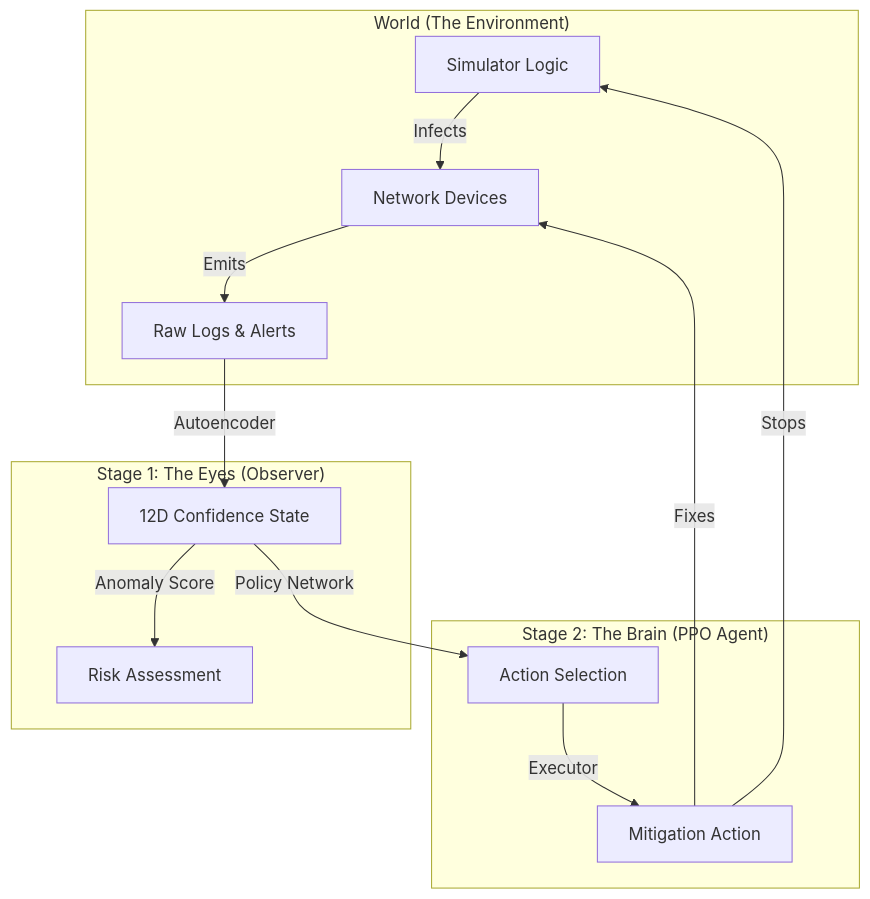
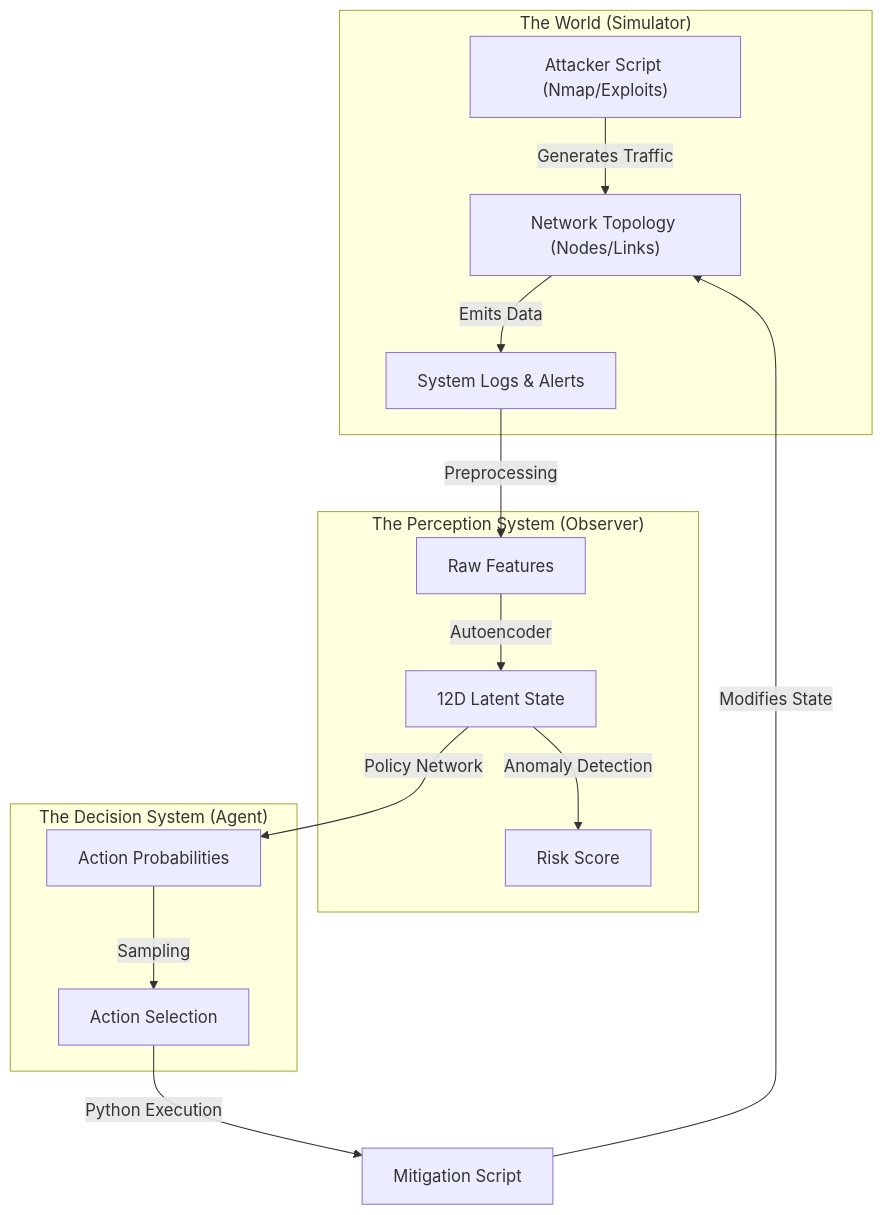
One commit to didi-09/AI_DRIVEN_SOAR changed the first of 5 diagrams in README.md. Above: the diagram before and after it, drawn with Mermaid. The commit also changed other lines of this file, not shown here.

First line of the commit message:
Revise README for technical whitepaper and architecture details

````diff
--- a/README.md
+++ b/README.md
@@ -37,20 +14,25 @@
 ```mermaid
 graph TD
-    subgraph "World (The Environment)"
-        Sim["Simulator Logic"] -->|Infects| Net["Network Devices"]
-        Net -->|Emits| Logs["Raw Logs & Alerts"]
+    subgraph "The World (Simulator)"
+        Attacker["Attacker Script (Nmap/Exploits)"]
+        Network["Network Topology (Nodes/Links)"]
+        Logs["System Logs & Alerts"]
+        
+        Attacker -->|Generates Traffic| Network
+        Network -->|Emits Data| Logs
     end
 
-    subgraph "Stage 1: The Eyes (Observer)"
-        Logs -->|Autoencoder| Latent["12D Confidence State"]
-        Latent -->|Anomaly Score| Risk["Risk Assessment"]
+    subgraph "The Perception System (Observer)"
+        Logs -->|Preprocessing| Features["Raw Features"]
+        Features -->|Autoencoder| Latent["12D Latent State"]
+        Latent -->|Anomaly Detection| Risk["Risk Score"]
     end
 
-    subgraph "Stage 2: The Brain (PPO Agent)"
-        Latent -->|Policy Network| Decision["Action Selection"]
-        Decision -->|Executor| Action["Mitigation Action"]
+    subgraph "The Decision System (Agent)"
+        Latent -->|Policy Network| Actor["Action Probabilities"]
+        Actor -->|Sampling| ActionID["Action Selection"]
     end
 
-    Action -->|Fixes| Net
-    Action -->|Stops| Sim
+    ActionID -->|Python Execution| Mitigation["Mitigation Script"]
+    Mitigation -->|Modifies State| Network
 ```
````
